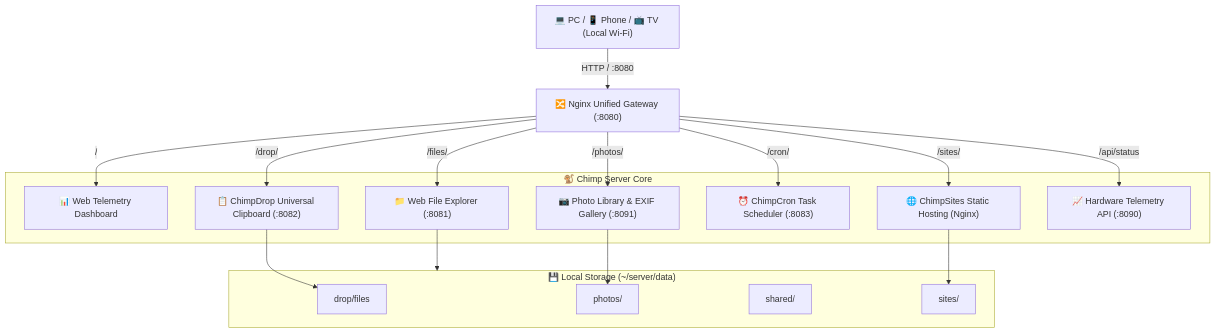
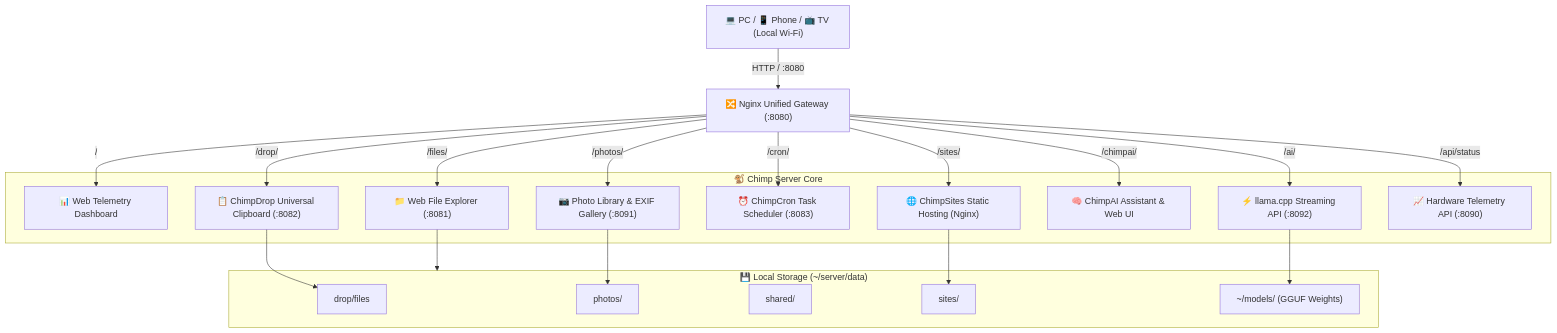
One commit to nazufernandes/chimp-home-server changed the diagram in README.md. Above: the diagram before and after it, drawn with Mermaid. The commit also changed other lines of this file and 5 other files, not shown here.

Commit message:
feat: add ChimpAI on-device neural engine with modular installer, CLI management, and web UI

````diff
--- a/README.md
+++ b/README.md
@@ -88,34 +98,40 @@
 ```mermaid
 graph TD
     Client["💻 PC / 📱 Phone / 📺 TV (Local Wi-Fi)"] -->|HTTP / :8080| GW["🔀 Nginx Unified Gateway (:8080)"]
 
     GW -->|"/"| Dash["📊 Web Telemetry Dashboard"]
     GW -->|"/drop/"| Drop["📋 ChimpDrop Universal Clipboard (:8082)"]
     GW -->|"/files/"| Files["📁 Web File Explorer (:8081)"]
     GW -->|"/photos/"| Photos["📷 Photo Library & EXIF Gallery (:8091)"]
     GW -->|"/cron/"| Cron["⏰ ChimpCron Task Scheduler (:8083)"]
     GW -->|"/sites/"| Sites["🌐 ChimpSites Static Hosting (Nginx)"]
+    GW -->|"/chimpai/"| AI["🧠 ChimpAI Assistant & Web UI"]
+    GW -->|"/ai/"| Llama["⚡ llama.cpp Streaming API (:8092)"]
     GW -->|"/api/status"| Mon["📈 Hardware Telemetry API (:8090)"]
 
     subgraph Server_Core ["🐒 Chimp Server Core"]
         Dash
         Drop
         Files
         Photos
         Cron
         Sites
+        AI
+        Llama
         Mon
     end
 
     subgraph Storage ["💾 Local Storage (~/server/data)"]
         DropFiles["drop/files"]
         PhotoStore["photos/"]
         SharedDir["shared/"]
         SitesDir["sites/"]
+        ModelStore["~/models/ (GGUF Weights)"]
     end
 
     Drop --> DropFiles
     Photos --> PhotoStore
     Files --> Storage
     Sites --> SitesDir
+    Llama --> ModelStore
 ```
````
